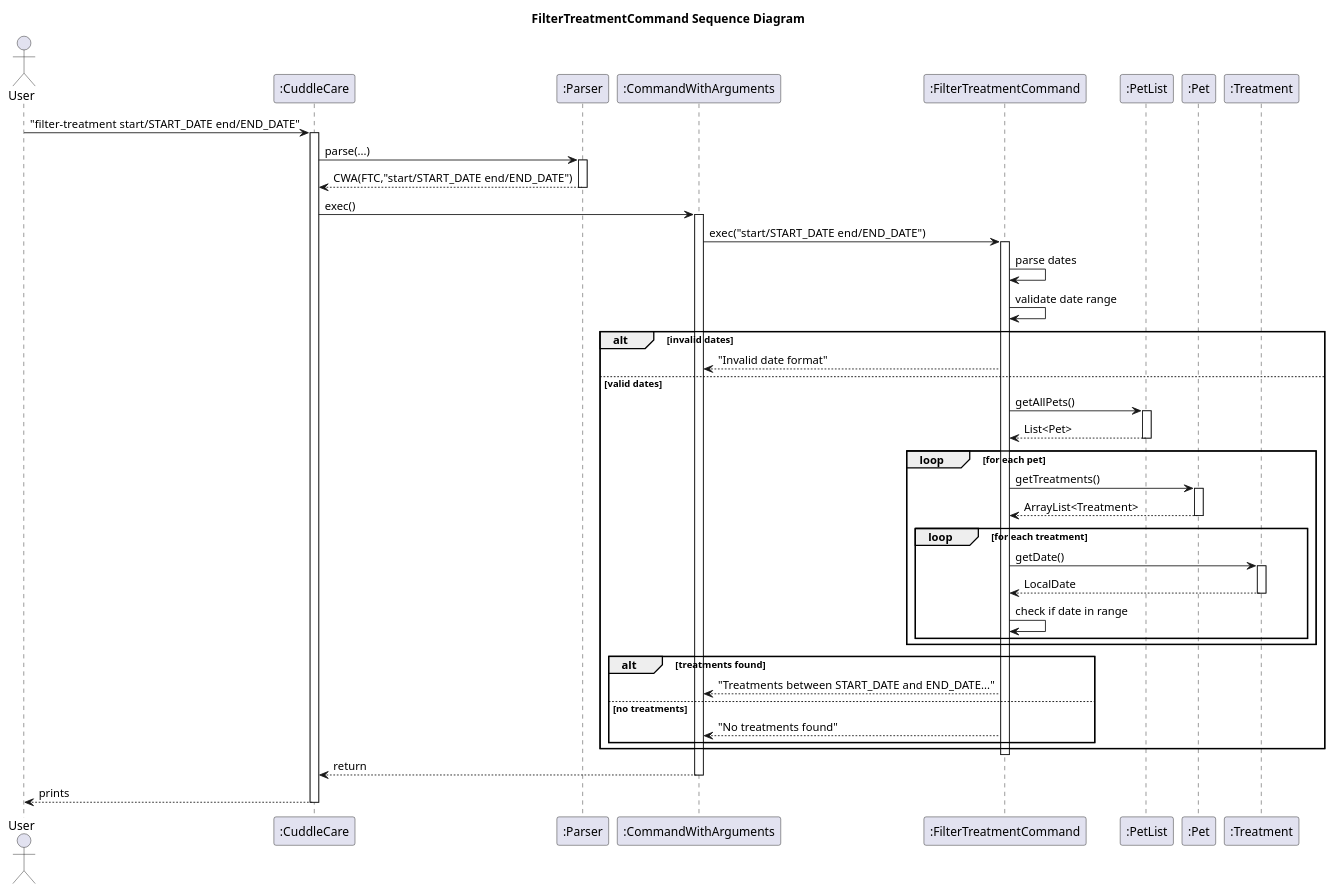
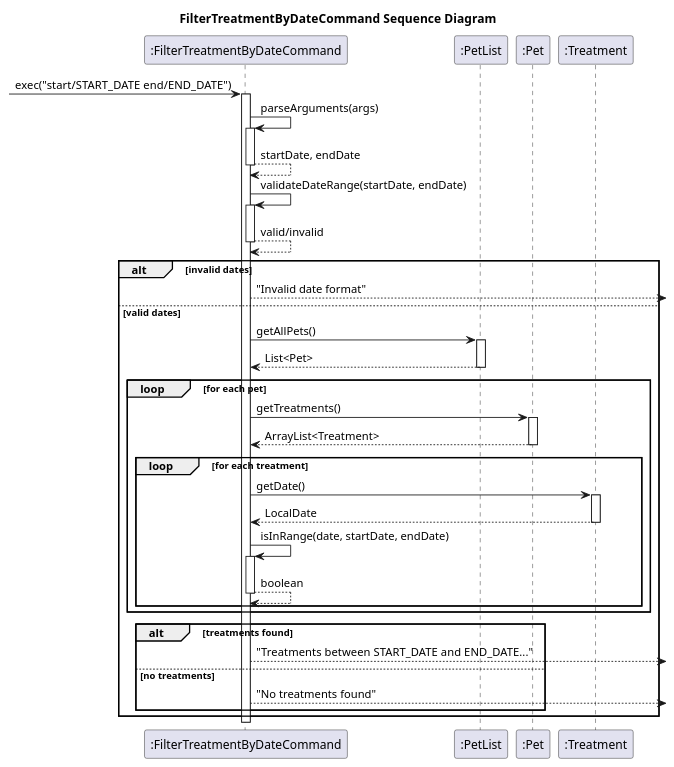
Before and after one commit to Kevin88866/tp: the diagram in docs/uml/FilterTreatmentsByDateSequence.puml, drawn with PlantUML. The commit also changed 8 other files, not shown here.

Commit message:
Update Sequence diagrams in Developer Guide

```diff
--- a/docs/uml/FilterTreatmentsByDateSequence.puml
+++ b/docs/uml/FilterTreatmentsByDateSequence.puml
@@ -1,62 +1,58 @@
 @startuml
-title FilterTreatmentCommand Sequence Diagram
-actor User
-participant ":CuddleCare" as CuddleCare
-participant ":Parser" as Parser
-participant ":CommandWithArguments" as CWA
-participant ":FilterTreatmentCommand" as FTC
+title FilterTreatmentByDateCommand Sequence Diagram
+
+participant ":FilterTreatmentByDateCommand" as FTC
 participant ":PetList" as PetList
 participant ":Pet" as Pet
 participant ":Treatment" as Treatment
 
-User -> CuddleCare : "filter-treatment start/START_DATE end/END_DATE"
-activate CuddleCare
-CuddleCare -> Parser : parse(...)
-activate Parser
-Parser --> CuddleCare : CWA(FTC,"start/START_DATE end/END_DATE")
-deactivate Parser
-
-CuddleCare -> CWA : exec()
-activate CWA
-CWA -> FTC : exec("start/START_DATE end/END_DATE")
+-> FTC : exec("start/START_DATE end/END_DATE")
 activate FTC
 
-FTC -> FTC : parse dates
-FTC -> FTC : validate date range
+FTC -> FTC : parseArguments(args)
+activate FTC
+FTC --> FTC : startDate, endDate
+deactivate FTC
+
+FTC -> FTC : validateDateRange(startDate, endDate)
+activate FTC
+FTC --> FTC : valid/invalid
+deactivate FTC
 
 alt invalid dates
-  FTC --> CWA : "Invalid date format"
+  FTC --> : "Invalid date format"
 else valid dates
   FTC -> PetList : getAllPets()
   activate PetList
   PetList --> FTC : List<Pet>
   deactivate PetList
 
   loop for each pet
     FTC -> Pet : getTreatments()
     activate Pet
     Pet --> FTC : ArrayList<Treatment>
     deactivate Pet
 
     loop for each treatment
       FTC -> Treatment : getDate()
       activate Treatment
       Treatment --> FTC : LocalDate
       deactivate Treatment
-      FTC -> FTC : check if date in range
+
+      FTC -> FTC : isInRange(date, startDate, endDate)
+      activate FTC
+      FTC --> FTC : boolean
+      deactivate FTC
     end
   end
 
   alt treatments found
-    FTC --> CWA : "Treatments between START_DATE and END_DATE..."
+    FTC --> : "Treatments between START_DATE and END_DATE..."
   else no treatments
-    FTC --> CWA : "No treatments found"
+    FTC --> : "No treatments found"
   end
 end
 
 deactivate FTC
-CWA --> CuddleCare : return
-deactivate CWA
-CuddleCare --> User : prints
-deactivate CuddleCare
+
 @enduml
```
